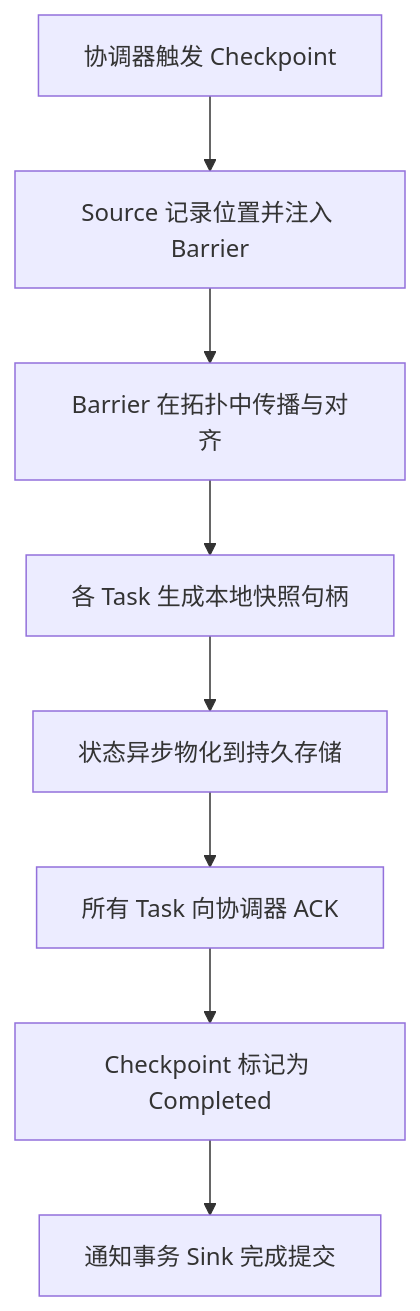
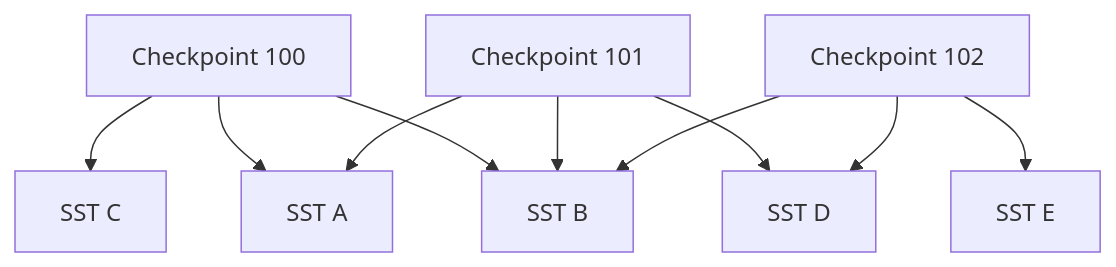
Before and after one commit to nzw921rx/nzw921rx-blog: the third of 5 diagrams in content/posts/flink-state-management-consistent-snapshots.md, drawn with Mermaid. The commit also changed other lines of this file, not shown here.

````diff
--- a/content/posts/flink-state-management-consistent-snapshots.md
+++ b/content/posts/flink-state-management-consistent-snapshots.md
@@ -352,10 +320,12 @@
 ```mermaid
-flowchart TD
-    A[协调器触发 Checkpoint] --> B[Source 记录位置并注入 Barrier]
-    B --> C[Barrier 在拓扑中传播与对齐]
-    C --> D[各 Task 生成本地快照句柄]
-    D --> E[状态异步物化到持久存储]
-    E --> F[所有 Task 向协调器 ACK]
-    F --> G[Checkpoint 标记为 Completed]
-    G --> H[通知事务 Sink 完成提交]
+flowchart TB
+    C100[Checkpoint 100] --> A[SST A]
+    C100 --> B[SST B]
+    C100 --> C[SST C]
+    C101[Checkpoint 101] --> A
+    C101 --> B
+    C101 --> D[SST D]
+    C102[Checkpoint 102] --> B
+    C102 --> D
+    C102 --> E[SST E]
 ```
````
